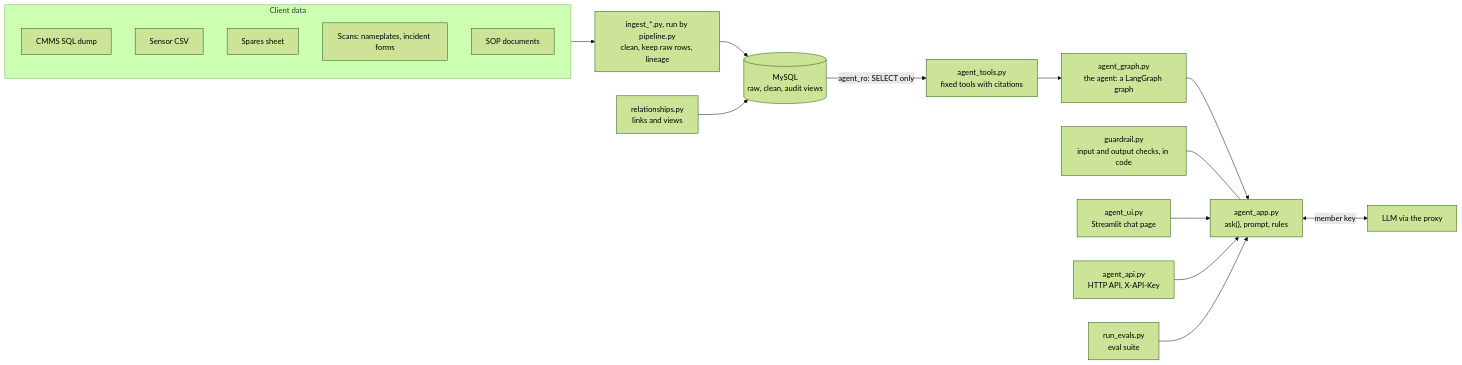
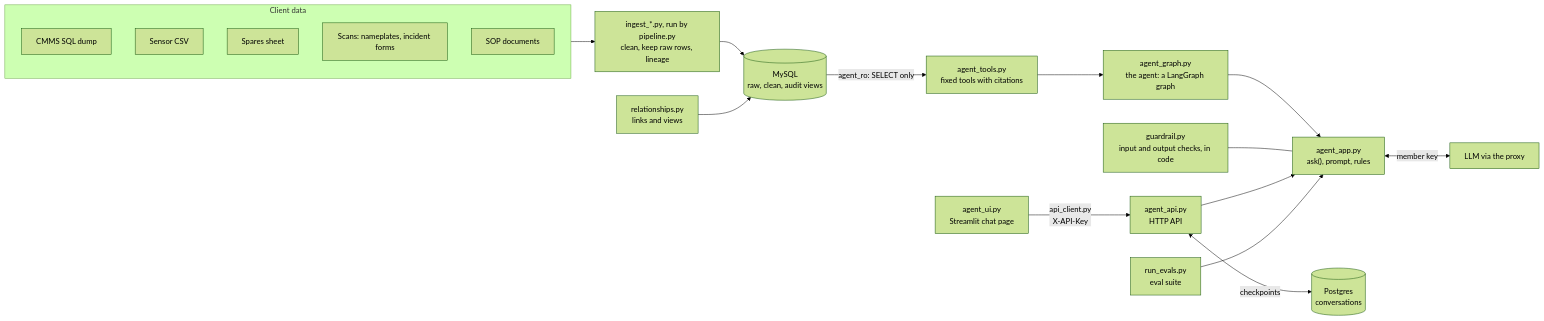
The diagram in README.md (ensanguine2279/sctp-aie-m5-jurong-marine), drawn with Mermaid (forest theme) before and after one commit. The commit also changed other lines of this file and 17 other files, not shown here.

Commit message:
refactor: added agent_api endpoints

````diff
--- a/README.md
+++ b/README.md
@@ -28,21 +28,22 @@
 ```mermaid
 flowchart LR
     subgraph SRC["Client data"]
         S1["CMMS SQL dump"]
         S2["Sensor CSV"]
         S3["Spares sheet"]
         S4["Scans: nameplates, incident forms"]
         S5["SOP documents"]
     end
     SRC --> I["ingest_*.py, run by pipeline.py<br/>clean, keep raw rows, lineage"]
     I --> DB[("MySQL<br/>raw, clean, audit views")]
     R["relationships.py<br/>links and views"] --> DB
     DB -->|"agent_ro: SELECT only"| T["agent_tools.py<br/>fixed tools with citations"]
     T --> GR["agent_graph.py<br/>the agent: a LangGraph graph"]
     GR --> A["agent_app.py<br/>ask(), prompt, rules"]
     G["guardrail.py<br/>input and output checks, in code"] --- A
     A <-->|"member key"| L["LLM via the proxy"]
-    U["agent_ui.py<br/>Streamlit chat page"] --> A
-    X["agent_api.py<br/>HTTP API, X-API-Key"] --> A
+    U["agent_ui.py<br/>Streamlit chat page"] -->|"api_client.py<br/>X-API-Key"| X
+    X["agent_api.py<br/>HTTP API"] --> A
+    X <-->|"checkpoints"| PG[("Postgres<br/>conversations")]
     E["run_evals.py<br/>eval suite"] --> A
 ```
````
